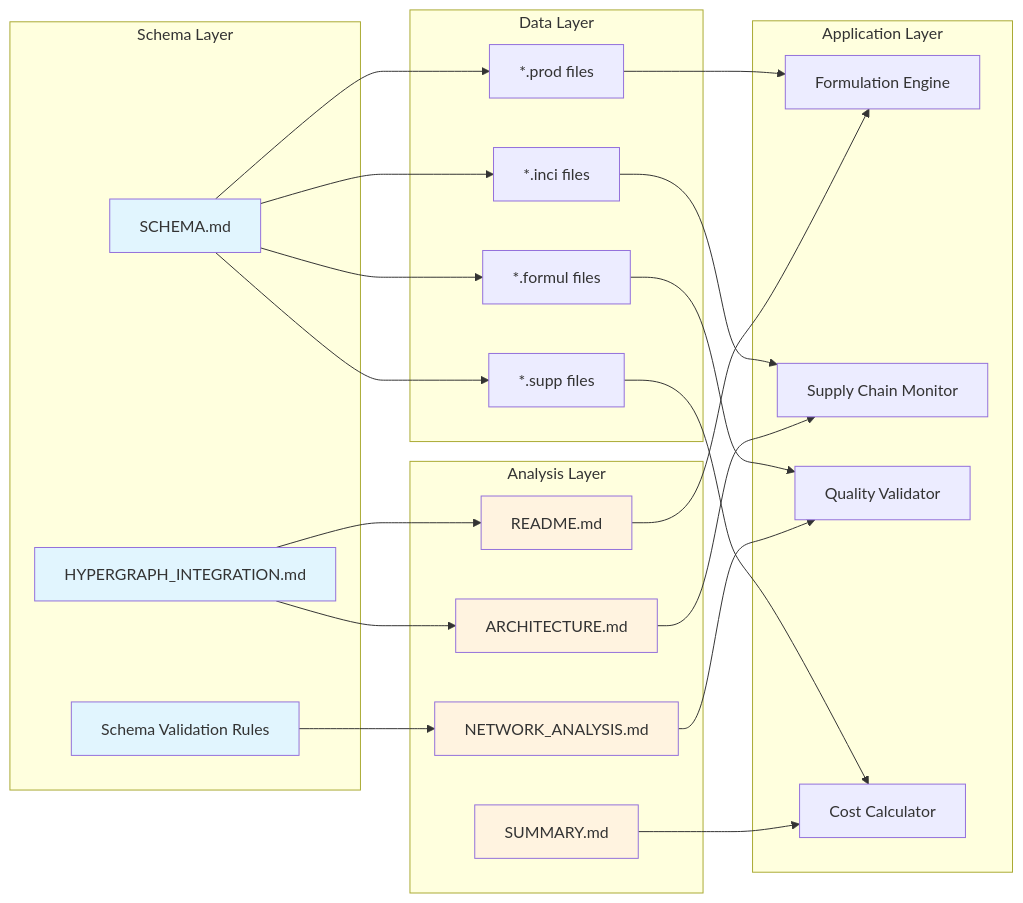
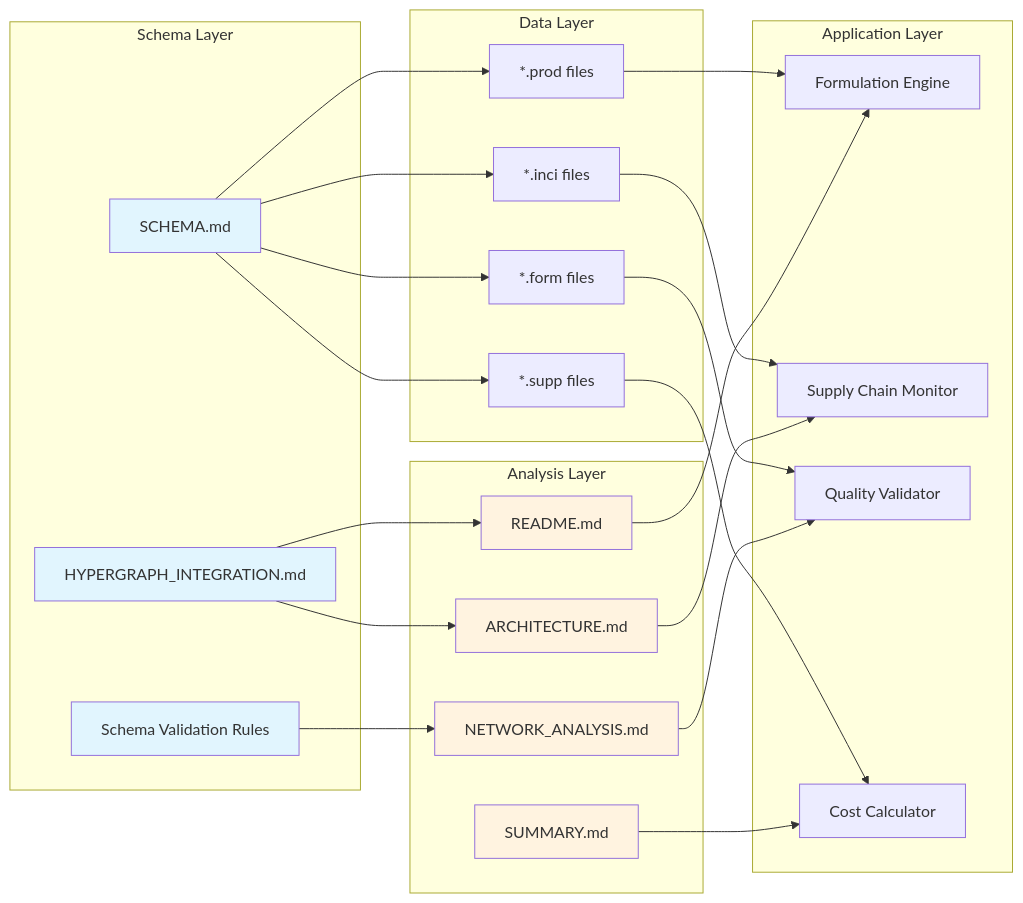
One commit to Kaw-Aii/skintwinformx changed the seventh of 8 diagrams in vessels/SCHEMA_VISUALIZATION.md. Above: the diagram before and after it, drawn with Mermaid. The commit also changed other lines of this file and 26 other files, not shown here.

First line of the commit message:
Change formulation file extension from .formul to .form

````diff
--- a/vessels/SCHEMA_VISUALIZATION.md
+++ b/vessels/SCHEMA_VISUALIZATION.md
@@ -397,53 +397,53 @@
 ```mermaid
 flowchart LR
     subgraph "Schema Layer"
         A[SCHEMA.md]
         B[HYPERGRAPH_INTEGRATION.md]
         C[Schema Validation Rules]
     end
     
     subgraph "Data Layer"
         D[*.prod files]
         E[*.inci files]
-        F[*.formul files]
+        F[*.form files]
         G[*.supp files]
     end
     
     subgraph "Analysis Layer"
         H[README.md]
         I[ARCHITECTURE.md]
         J[NETWORK_ANALYSIS.md]
         K[SUMMARY.md]
     end
     
     subgraph "Application Layer"
         L[Formulation Engine]
         M[Supply Chain Monitor]
         N[Quality Validator]
         O[Cost Calculator]
     end
     
     A --> D
     A --> E
     A --> F
     A --> G
     B --> H
     B --> I
     C --> J
     D --> L
     E --> M
     F --> N
     G --> O
     H --> L
     I --> M
     J --> N
     K --> O
     
     style A fill:#e1f5fe
     style B fill:#e1f5fe
     style C fill:#e1f5fe
     style H fill:#fff3e0
     style I fill:#fff3e0
     style J fill:#fff3e0
     style K fill:#fff3e0
 ```
````
